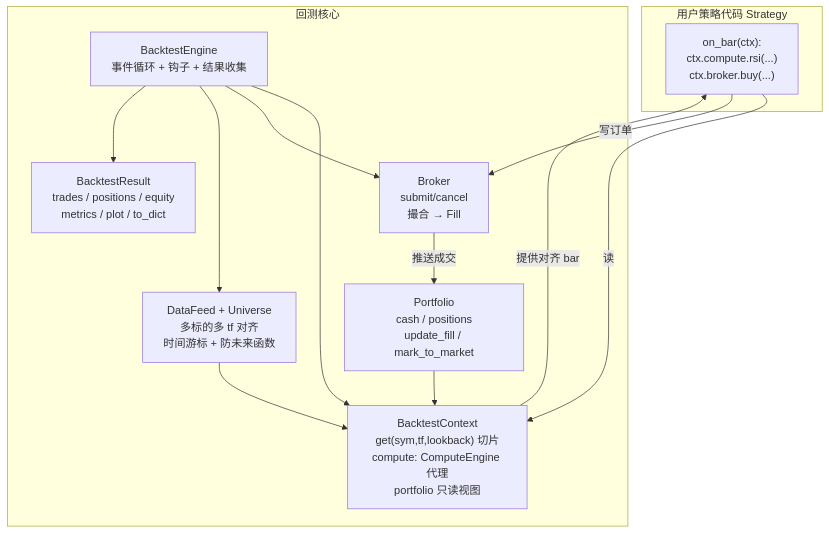
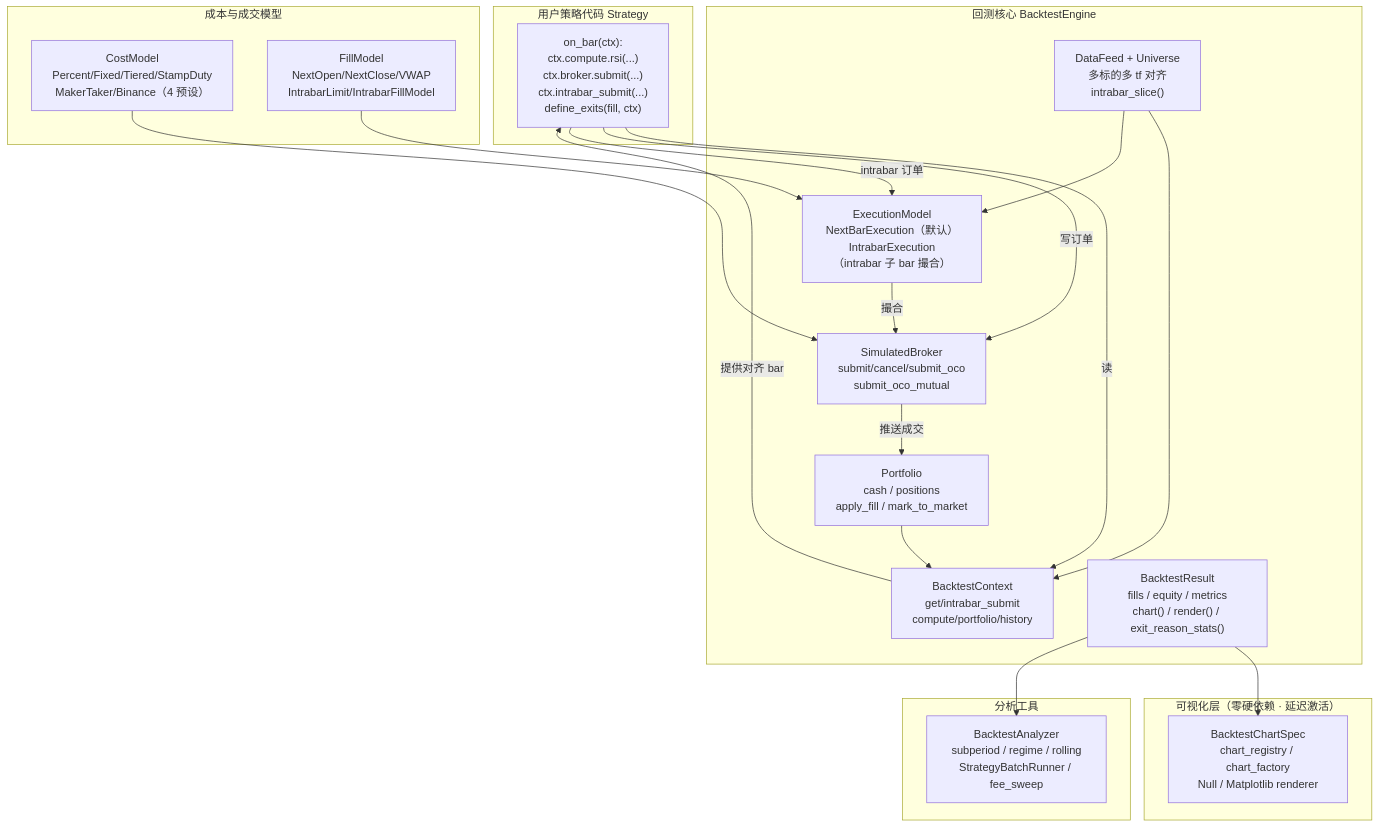
One commit to RESBI/StockStatistic changed diagram 21 of 23 in DESIGN_CN.md. Above: the diagram before and after it, drawn with Mermaid. The commit also changed other lines of this file, not shown here.

````diff
--- a/DESIGN_CN.md
+++ b/DESIGN_CN.md
@@ -1760,26 +1798,42 @@
 ```mermaid
 graph TB
     subgraph "用户策略代码 Strategy"
-        US["on_bar(ctx):<br/>ctx.compute.rsi(...)<br/>ctx.broker.buy(...)"]
+        US["on_bar(ctx):<br/>ctx.compute.rsi(...)<br/>ctx.broker.submit(...)<br/>ctx.intrabar_submit(...)<br/>define_exits(fill, ctx)"]
     end
 
-    subgraph "回测核心"
-        CTX["BacktestContext<br/>get(sym,tf,lookback) 切片<br/>compute: ComputeEngine 代理<br/>portfolio 只读视图"]
-        BRK["Broker<br/>submit/cancel<br/>撮合 → Fill"]
-        DF["DataFeed + Universe<br/>多标的多 tf 对齐<br/>时间游标 + 防未来函数"]
-        PF["Portfolio<br/>cash / positions<br/>update_fill / mark_to_market"]
-        ENG["BacktestEngine<br/>事件循环 + 钩子 + 结果收集"]
-        RES["BacktestResult<br/>trades / positions / equity<br/>metrics / plot / to_dict"]
+    subgraph "回测核心 BacktestEngine"
+        CTX["BacktestContext<br/>get/intrabar_submit<br/>compute/portfolio/history"]
+        BRK["SimulatedBroker<br/>submit/cancel/submit_oco<br/>submit_oco_mutual"]
+        DF["DataFeed + Universe<br/>多标的多 tf 对齐<br/>intrabar_slice()"]
+        PF["Portfolio<br/>cash / positions<br/>apply_fill / mark_to_market"]
+        EM["ExecutionModel<br/>NextBarExecution（默认）<br/>IntrabarExecution（intrabar 子 bar 撮合）"]
+        RES["BacktestResult<br/>fills / equity / metrics<br/>chart() / render() / exit_reason_stats()"]
+    end
+
+    subgraph "成本与成交模型"
+        CM["CostModel<br/>Percent/Fixed/Tiered/StampDuty<br/>MakerTaker/Binance（4 预设）"]
+        FM["FillModel<br/>NextOpen/NextClose/VWAP<br/>IntrabarLimit/IntrabarFillModel"]
+    end
+
+    subgraph "可视化层（零硬依赖 · 延迟激活）"
+        VIZ["BacktestChartSpec<br/>chart_registry / chart_factory<br/>Null / Matplotlib renderer"]
+    end
+
+    subgraph "分析工具"
+        ANA["BacktestAnalyzer<br/>subperiod / regime / rolling<br/>StrategyBatchRunner / fee_sweep"]
     end
 
     US -->|读| CTX
     US -->|写订单| BRK
+    US -->|intrabar 订单| EM
     CTX -->|提供对齐 bar| US
     BRK -->|推送成交| PF
+    EM -->|撮合| BRK
     DF --> CTX
+    DF --> EM
     PF --> CTX
-    ENG --> CTX
-    ENG --> BRK
-    ENG --> DF
-    ENG --> RES
+    CM --> BRK
+    FM --> EM
+    RES --> VIZ
+    RES --> ANA
 ```
````
